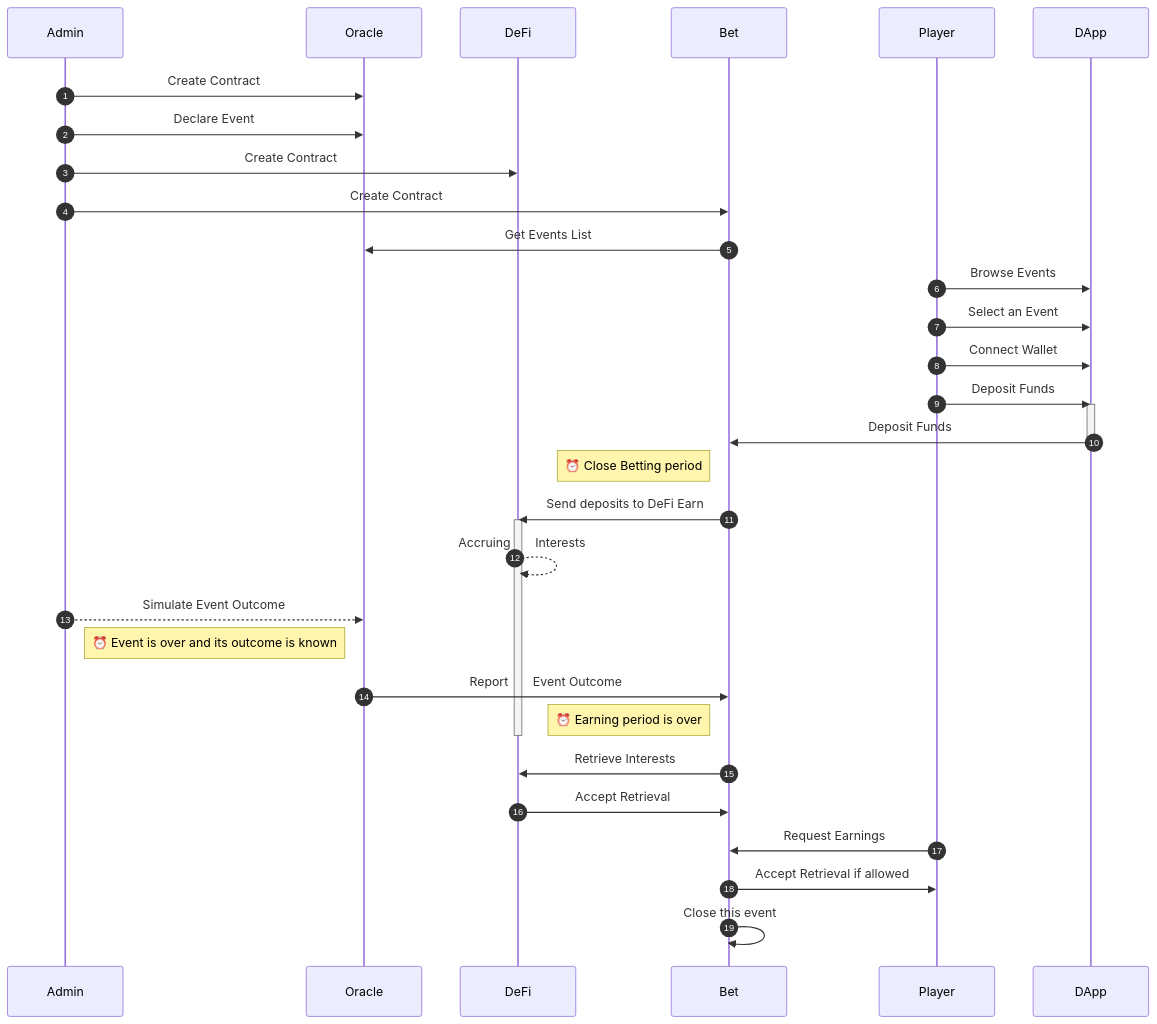
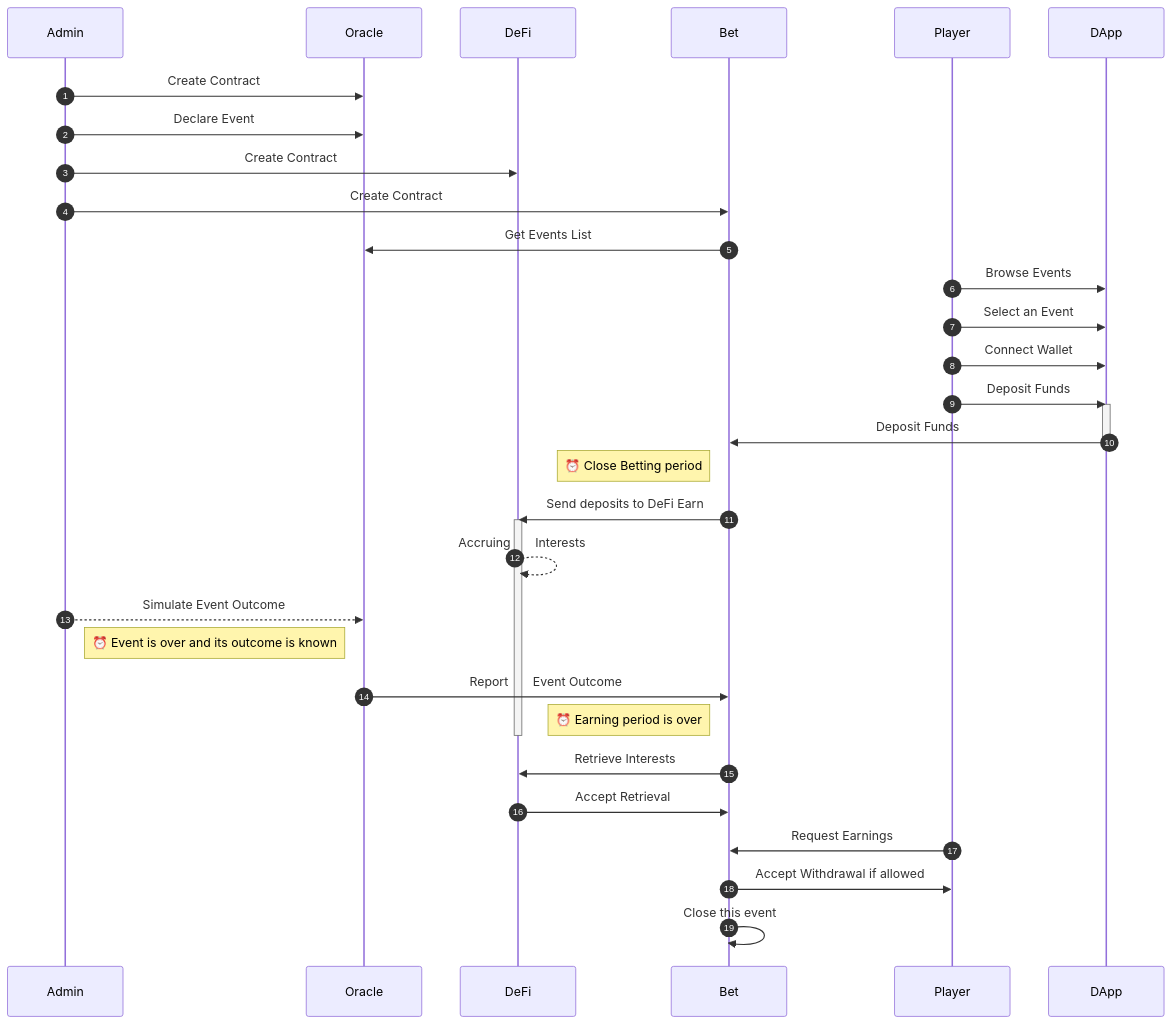
The diagram in README.md (soft2dev/betting-dapp), drawn with Mermaid before and after one commit. The commit also changed other lines of this file, not shown here.

First line of the commit message:
README: Add sections: Architecture, Deploy and Team

````diff
--- a/README.md
+++ b/README.md
@@ -39,36 +66,36 @@
 ```mermaid
 sequenceDiagram autonumber
     Admin->>Oracle: Create Contract
     Admin->>Oracle: Declare Event
     Admin->>DeFi: Create Contract
-    Admin->>Bet: Create Contract
+    Admin->>Bet:  Create Contract
     
     Bet->>Oracle:  Get Events List
     Player->>DApp: Browse Events
     Player->>DApp: Select an Event
     Player->>DApp: Connect Wallet
     
     Player->>DApp: Deposit Funds
     activate DApp
     DApp->>Bet: Deposit Funds
     deactivate DApp
     
     Note left of Bet: ⏰ Close Betting period
     Bet->>DeFi: Send deposits to DeFi Earn
     activate DeFi
     DeFi-->>DeFi: Accruing    Interests    
 
     Admin-->>Oracle: Simulate Event Outcome
     Note left of Oracle: ⏰ Event is over and its outcome is known
     Oracle->>Bet: Report    Event Outcome 
     
     Note left of Bet: ⏰ Earning period is over
     deactivate DeFi
     Bet->>DeFi: Retrieve Interests
     DeFi->>Bet: Accept Retrieval
 
     Player->>Bet: Request Earnings
-    Bet->>Player: Accept Retrieval if allowed
+    Bet->>Player: Accept Withdrawal if allowed
     
     Bet->>Bet: Close this event 
 ```
````
